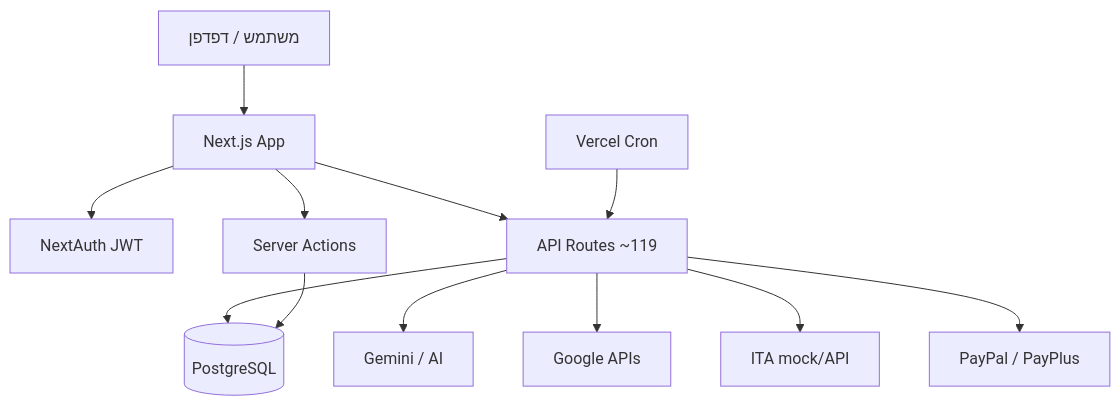
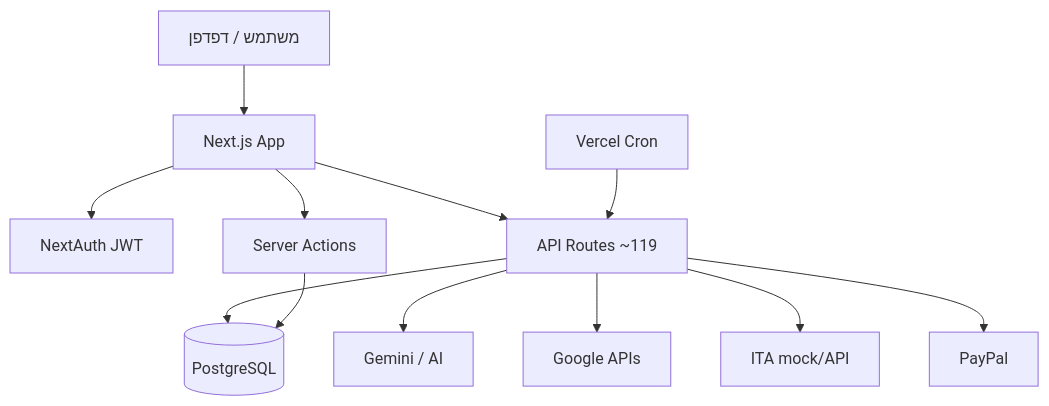
One commit to sysybu-hash/bsd-ybm-os changed the diagram in docs/איפיון-מערכת-BSD-YBM-OS.md. Above: the diagram before and after it, drawn with Mermaid. The commit also changed other lines of this file and 32 other files, not shown here.

````diff
--- a/docs/איפיון-מערכת-BSD-YBM-OS.md
+++ b/docs/איפיון-מערכת-BSD-YBM-OS.md
@@ -42,15 +42,15 @@
 ```mermaid
 flowchart TB
   User[משתמש / דפדפן]
   User --> Next[Next.js App]
   Next --> Auth[NextAuth JWT]
   Next --> API[API Routes ~119]
   Next --> Actions[Server Actions]
   API --> Prisma[(PostgreSQL)]
   Actions --> Prisma
   API --> Gemini[Gemini / AI]
   API --> Google[Google APIs]
   API --> ITA[ITA mock/API]
-  API --> Pay[PayPal / PayPlus]
+  API --> Pay[PayPal]
   Cron[Vercel Cron] --> API
 ```
````
